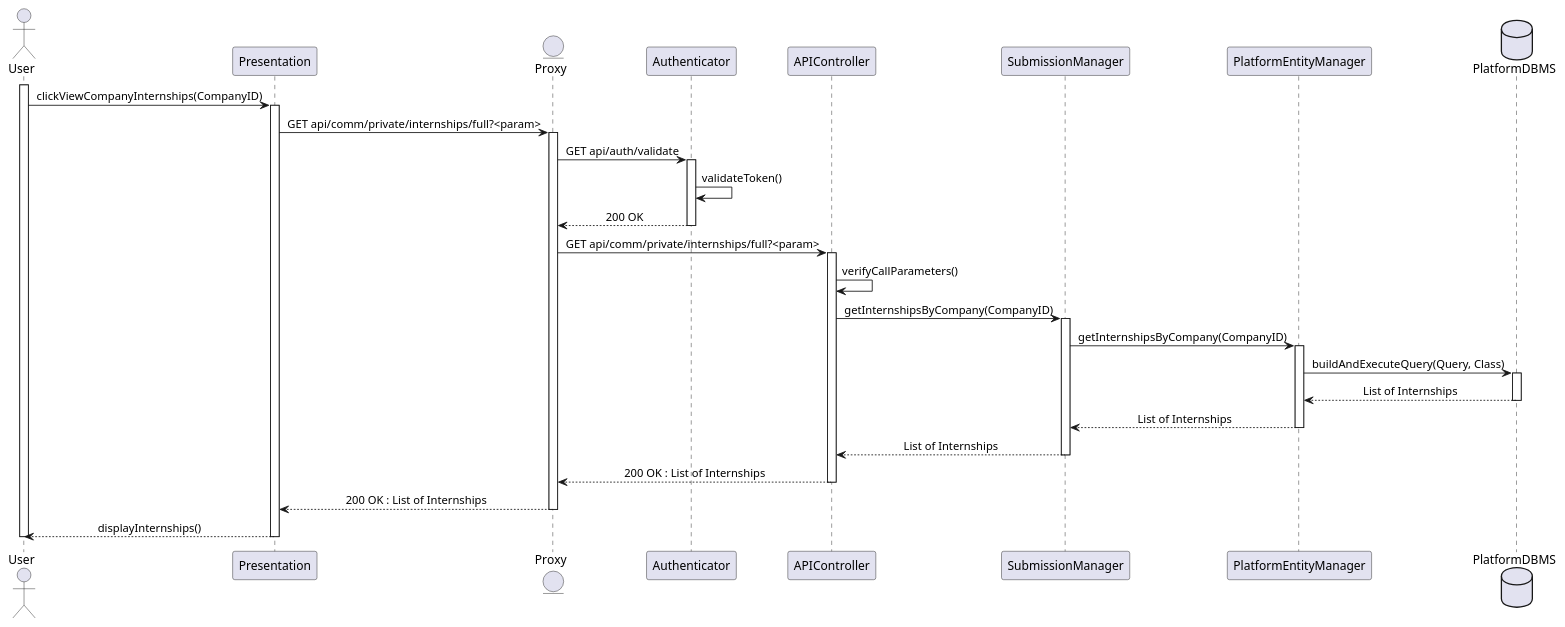
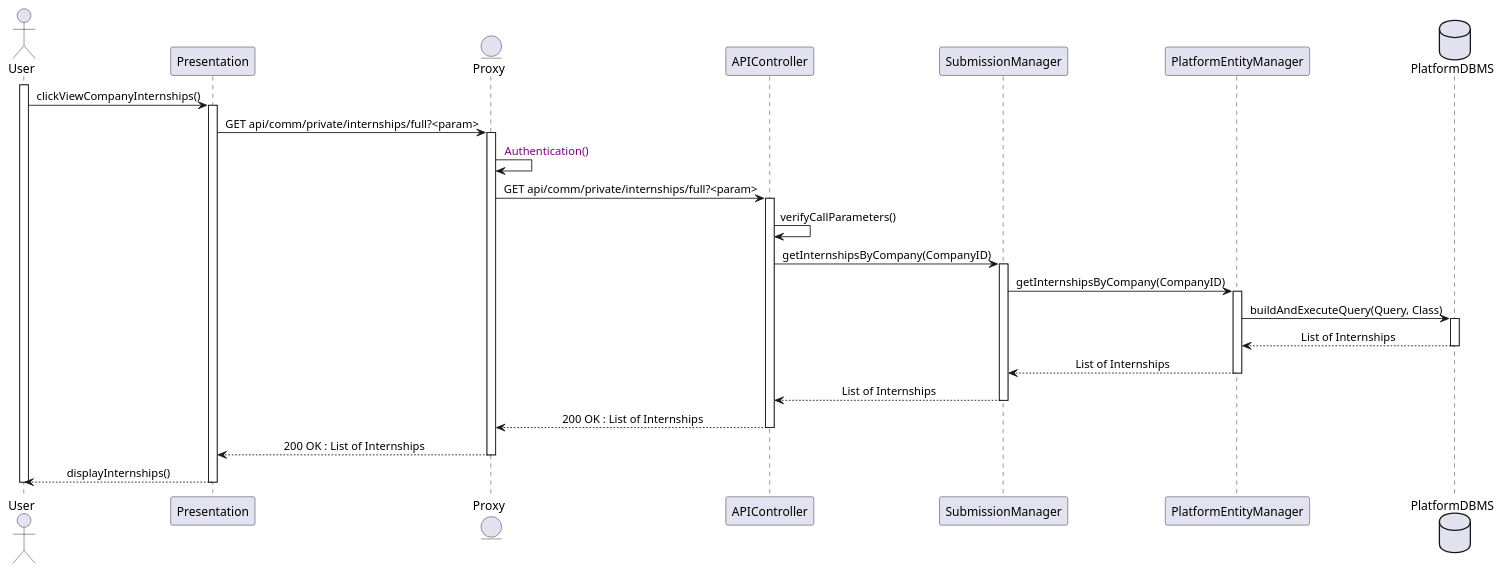
The diagram in Diagrams/SequenceDiagrams/DD/4UserOpensCompanyInternshipOffers.wsd (Slaitroc/RicciPaoliGrisoni), drawn with PlantUML before and after one commit.

Commit message:
refactor: streamline authentication in internship offers

```diff
--- a/Diagrams/SequenceDiagrams/DD/4UserOpensCompanyInternshipOffers.wsd
+++ b/Diagrams/SequenceDiagrams/DD/4UserOpensCompanyInternshipOffers.wsd
@@ -1,44 +1,39 @@
 @startuml UserViewsCompanyInternships
 skinparam sequenceMessageAlign center
 actor       User
 participant  Presentation
 entity      Proxy
-participant Authenticator
 participant APIController
 participant SubmissionManager
 participant PlatformEntityManager
 database    PlatformDBMS
 
 activate User
-User -> Presentation : clickViewCompanyInternships(CompanyID)
+User -> Presentation : clickViewCompanyInternships()
 activate Presentation
 Presentation -> Proxy : GET api/comm/private/internships/full?<param>
 activate Proxy
-Proxy -> Authenticator : GET api/auth/validate
-activate Authenticator
-Authenticator -> Authenticator : validateToken()
-Authenticator --> Proxy : 200 OK
-deactivate Authenticator
+Proxy -> Proxy  : <color:purple> Authentication()
 Proxy -> APIController : GET api/comm/private/internships/full?<param>
 activate APIController
 APIController -> APIController : verifyCallParameters()
 APIController -> SubmissionManager : getInternshipsByCompany(CompanyID)
 activate SubmissionManager
 SubmissionManager -> PlatformEntityManager : getInternshipsByCompany(CompanyID)
 activate PlatformEntityManager
 PlatformEntityManager -> PlatformDBMS : buildAndExecuteQuery(Query, Class)
 activate PlatformDBMS
 PlatformDBMS --> PlatformEntityManager : List of Internships
 deactivate PlatformDBMS
 PlatformEntityManager --> SubmissionManager : List of Internships
 deactivate PlatformEntityManager
 SubmissionManager --> APIController : List of Internships
 deactivate SubmissionManager
 APIController --> Proxy : 200 OK : List of Internships
 deactivate APIController
 Proxy --> Presentation : 200 OK : List of Internships
 deactivate Proxy
 Presentation --> User : displayInternships()
 deactivate Presentation
 deactivate User
 @enduml
```
